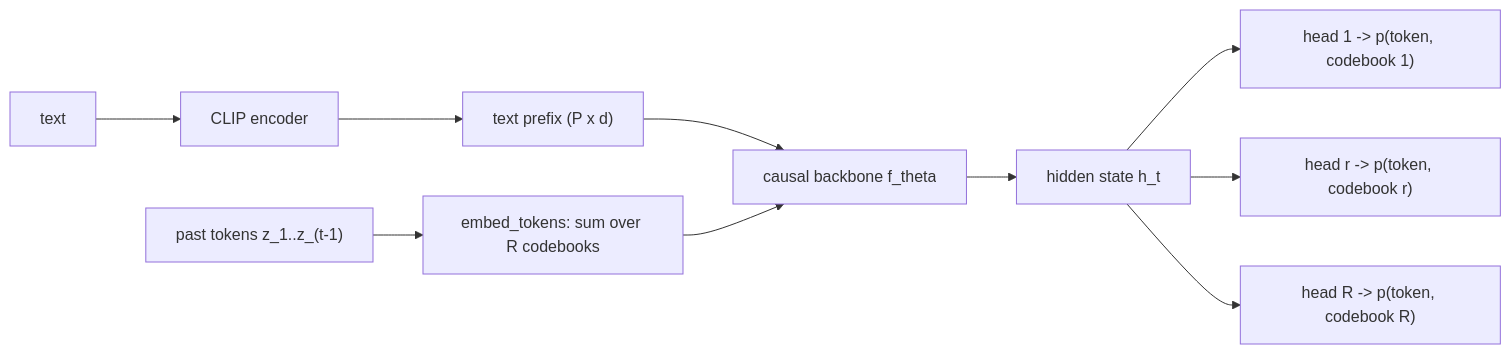
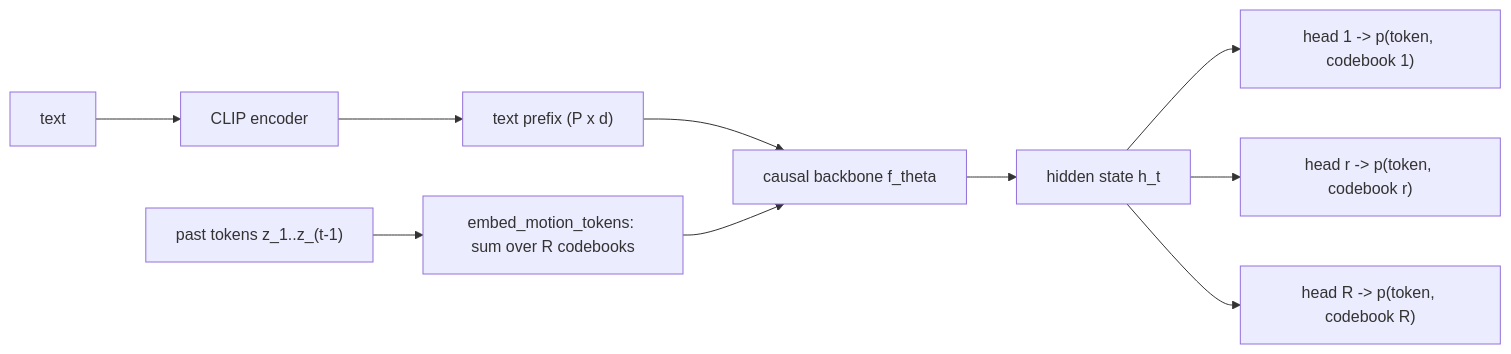
One commit to CatalinButacu/GenAI-Text2Motion changed the diagram in paper/lessons/08-the-autoregressive-generator.md. Above: the diagram before and after it, drawn with Mermaid. The commit also changed other lines of this file and 209 other files, not shown here.

````diff
--- a/paper/lessons/08-the-autoregressive-generator.md
+++ b/paper/lessons/08-the-autoregressive-generator.md
@@ -11,11 +11,11 @@
 ```mermaid
 flowchart LR
   T["text"] --> CLIP["CLIP encoder"] --> PFX["text prefix (P x d)"]
-  ZP["past tokens z_1..z_(t-1)"] --> EMB["embed_tokens: sum over R codebooks"]
+  ZP["past tokens z_1..z_(t-1)"] --> EMB["embed_motion_tokens: sum over R codebooks"]
   PFX --> F["causal backbone f_theta"]
   EMB --> F
   F --> H["hidden state h_t"]
   H --> A["head 1 -> p(token, codebook 1)"]
   H --> B["head r -> p(token, codebook r)"]
   H --> C["head R -> p(token, codebook R)"]
 ```
````
